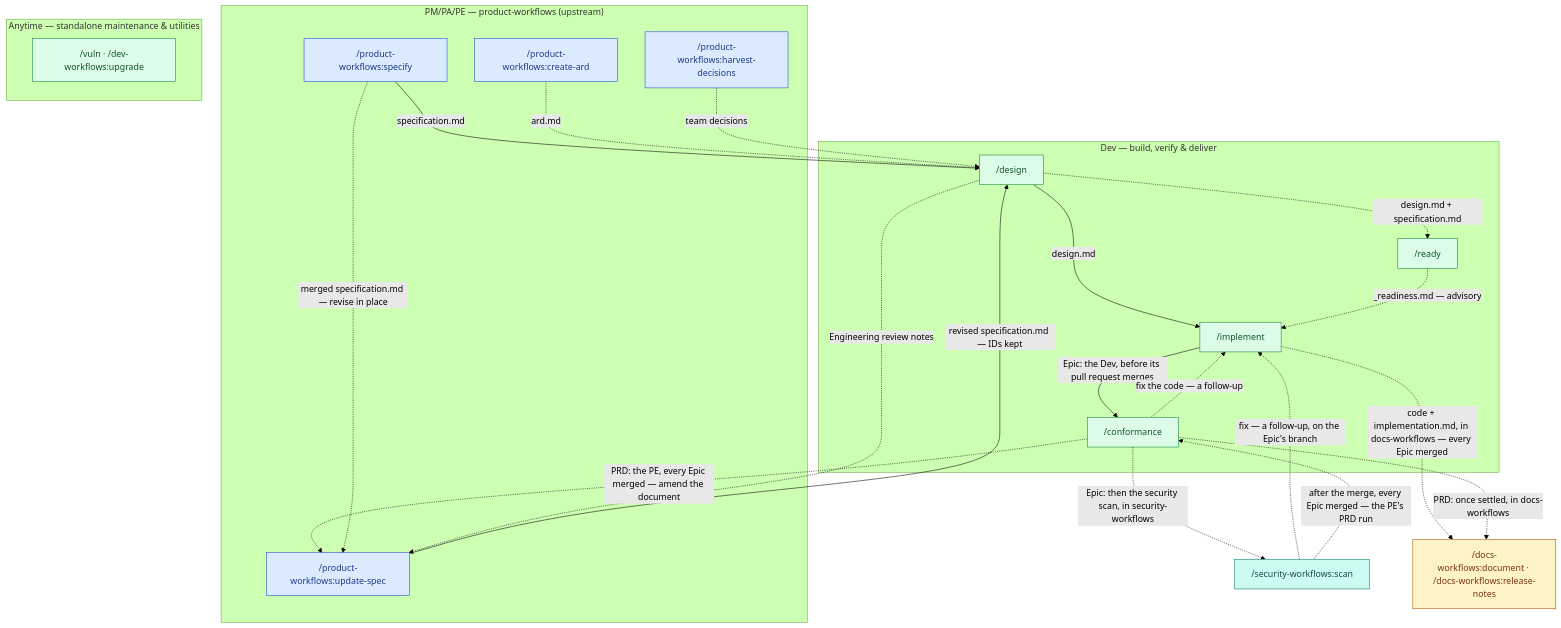
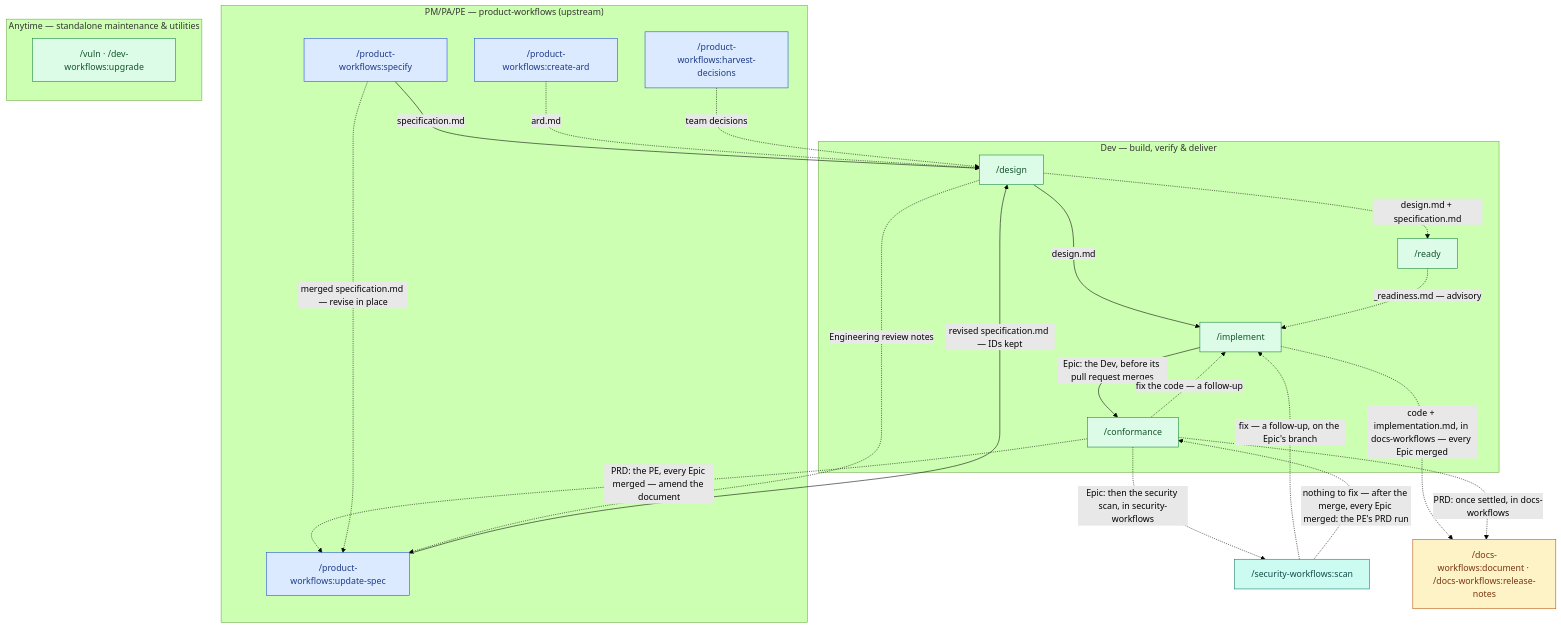
One commit to ihudak/ai-workflows changed the diagram in plugins/dev-workflows/docs/workflow.md. Above: the diagram before and after it, drawn with Mermaid (forest theme). The commit also changed other lines of this file and 19 other files, not shown here.

````diff
--- a/plugins/dev-workflows/docs/workflow.md
+++ b/plugins/dev-workflows/docs/workflow.md
@@ -5,39 +5,39 @@
 ```mermaid
 flowchart TD
     subgraph PMPRD["PM/PA/PE — product-workflows (upstream)"]
         specify["/product-workflows:specify"]:::prod
         updatespec["/product-workflows:update-spec"]:::prod
         createard["/product-workflows:create-ard"]:::prod
         harvest["/product-workflows:harvest-decisions"]:::prod
     end
     subgraph DEV["Dev — build, verify & deliver"]
         design["/design"]:::dev -->|design.md| implement["/implement"]:::dev
         ready["/ready"]:::dev
         conformance["/conformance"]:::dev
     end
     subgraph ANY["Anytime — standalone maintenance & utilities"]
         maint["/vuln · /dev-workflows:upgrade"]:::dev
     end
 
     specify -->|specification.md| design
     createard -.->|ard.md| design
     harvest -.->|team decisions| design
     design -.->|design.md + specification.md| ready
     ready -.->|_readiness.md — advisory| implement
     implement -->|"Epic: the Dev, before its pull request merges"| conformance
     conformance -.->|"fix the code — a follow-up"| implement
     conformance -.->|"PRD: the PE, every Epic merged — amend the document"| updatespec
     specify -.->|"merged specification.md — revise in place"| updatespec
     updatespec -->|"revised specification.md — IDs kept"| design
     design -.->|"Engineering review notes"| updatespec
     conformance -.->|"Epic: then the security scan, in security-workflows"| secplugin["/security-workflows:scan"]:::sec
     secplugin -.->|"fix — a follow-up, on the Epic's branch"| implement
-    secplugin -.->|"after the merge, every Epic merged — the PE's PRD run"| conformance
+    secplugin -.->|"nothing to fix — after the merge, every Epic merged: the PE's PRD run"| conformance
     implement -.->|"code + implementation.md, in docs-workflows — every Epic merged"| docsplugin["/docs-workflows:document · /docs-workflows:release-notes"]:::docs
     conformance -.->|"PRD: once settled, in docs-workflows"| docsplugin
 
     classDef prod fill:#dbeafe,stroke:#1d4ed8,color:#1e3a8a
     classDef dev fill:#dcfce7,stroke:#15803d,color:#14532d
     classDef docs fill:#fef3c7,stroke:#b45309,color:#78350f
     classDef sec fill:#ccfbf1,stroke:#0f766e,color:#134e4a
 ```
````
